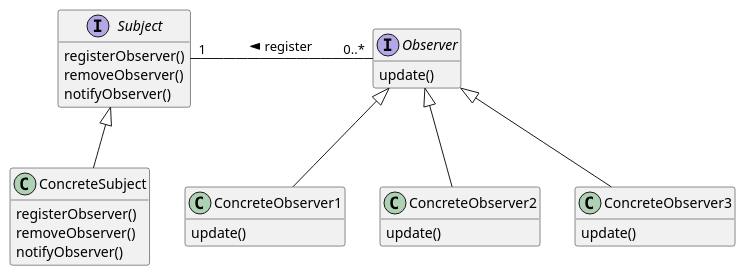
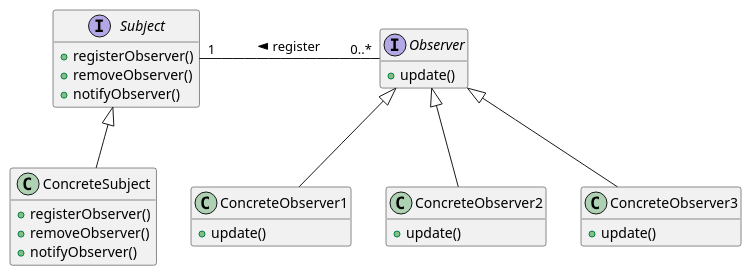
One commit to gama79530/DesignPattern changed the diagram in ObserverPattern/ObserverPattern.puml. Above: the diagram before and after it, drawn with PlantUML. The commit also changed 7 other files, not shown here.

```diff
--- a/ObserverPattern/ObserverPattern.puml
+++ b/ObserverPattern/ObserverPattern.puml
@@ -1,38 +1,38 @@
 @startuml ObserverPattern
 hide empty members
 
 interface Subject{
-    registerObserver()
-    removeObserver()
-    notifyObserver()
+    + registerObserver()
+    + removeObserver()
+    + notifyObserver()
 }
 
 interface Observer{
-    update()
+    + update()
 }
 
 class ConcreteSubject{
-    registerObserver()
-    removeObserver()
-    notifyObserver()
+    + registerObserver()
+    + removeObserver()
+    + notifyObserver()
 }
 
 class ConcreteObserver1{
-    update()
+    + update()
 }
 
 class ConcreteObserver2{
-    update()
+    + update()
 }
 
 class ConcreteObserver3{
-    update()
+    + update()
 }
 
 Subject <|-- ConcreteSubject
 Observer <|-- ConcreteObserver1
 Observer <|-- ConcreteObserver2
 Observer <|-- ConcreteObserver3
 
 Subject "1" - "0..*" Observer : < register 
 @enduml
```
